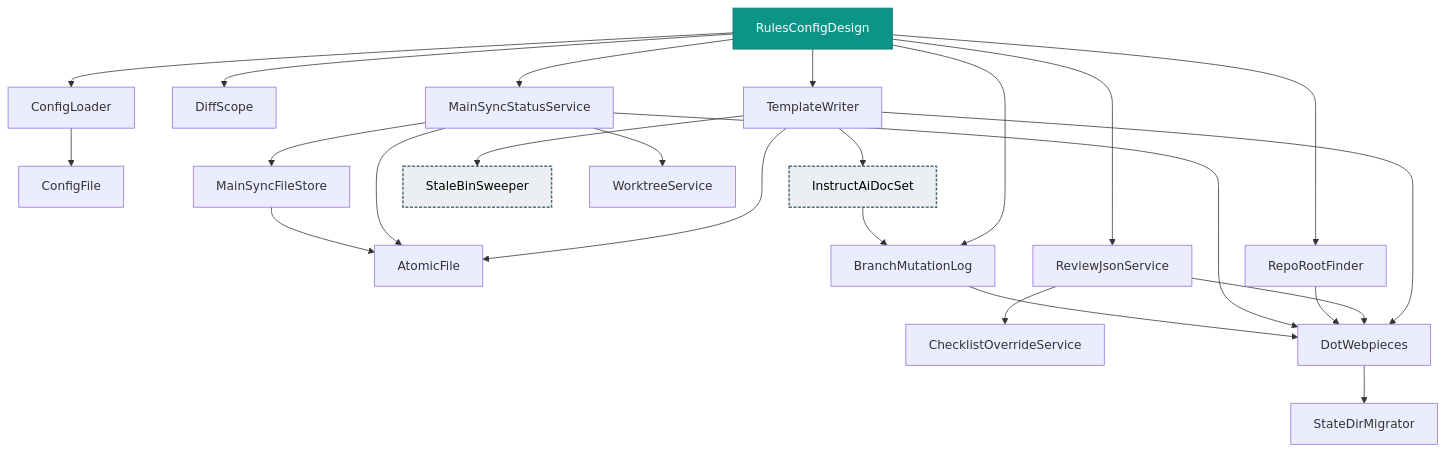
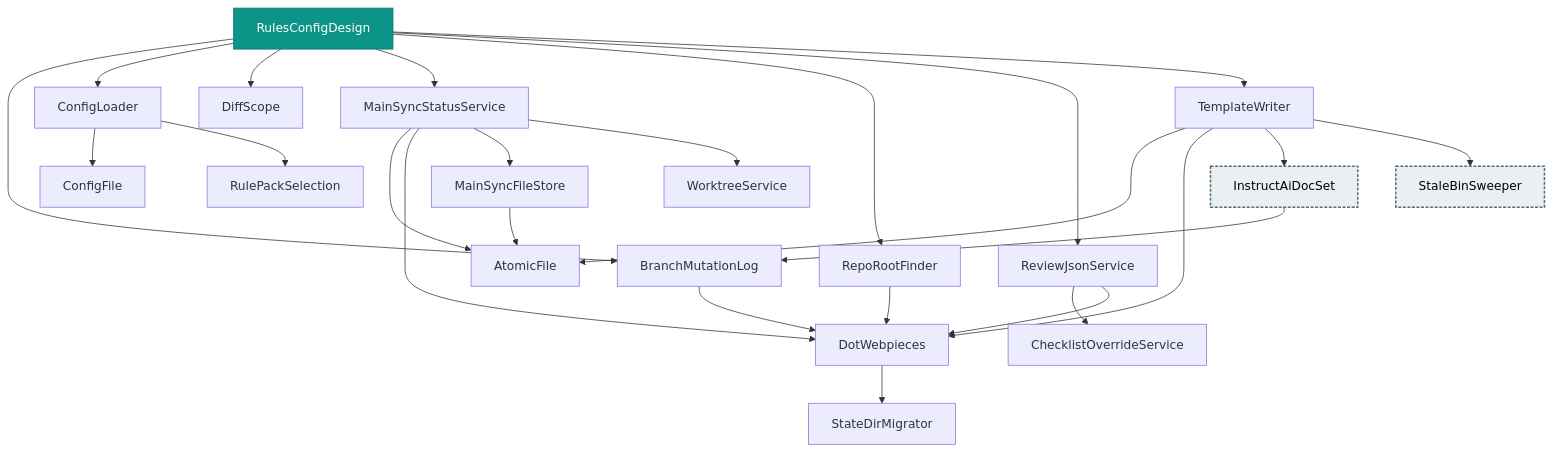
The diagram in packages/tooling/rules-config/design.md (deanhiller/webpieces-ts), drawn with Mermaid before and after one commit. The commit also changed 243 other files, not shown here.

First line of the commit message:
Move rule schemas and configuration metadata to owning packs (#1094)

````diff
--- a/packages/tooling/rules-config/design.md
+++ b/packages/tooling/rules-config/design.md
@@ -13,50 +13,52 @@
 ```mermaid
 graph TD
     AtomicFile["AtomicFile"]
     BranchMutationLog["BranchMutationLog"]
     ChecklistOverrideService["ChecklistOverrideService"]
     ConfigFile["ConfigFile"]
     ConfigLoader["ConfigLoader"]
     DiffScope["DiffScope"]
     DotWebpieces["DotWebpieces"]
     InstructAiDocSet["InstructAiDocSet"]:::many
     MainSyncFileStore["MainSyncFileStore"]
     MainSyncStatusService["MainSyncStatusService"]
     RepoRootFinder["RepoRootFinder"]
     ReviewJsonService["ReviewJsonService"]
+    RulePackSelection["RulePackSelection"]
     RulesConfigDesign["RulesConfigDesign"]:::apiImpl
     StaleBinSweeper["StaleBinSweeper"]:::many
     StateDirMigrator["StateDirMigrator"]
     TemplateWriter["TemplateWriter"]
     WorktreeService["WorktreeService"]
     BranchMutationLog --> DotWebpieces
     ConfigLoader --> ConfigFile
+    ConfigLoader --> RulePackSelection
     DotWebpieces --> StateDirMigrator
     InstructAiDocSet --> BranchMutationLog
     MainSyncFileStore --> AtomicFile
     MainSyncStatusService --> AtomicFile
     MainSyncStatusService --> DotWebpieces
     MainSyncStatusService --> MainSyncFileStore
     MainSyncStatusService --> WorktreeService
     RepoRootFinder --> DotWebpieces
     ReviewJsonService --> ChecklistOverrideService
     ReviewJsonService --> DotWebpieces
     RulesConfigDesign --> BranchMutationLog
     RulesConfigDesign --> ConfigLoader
     RulesConfigDesign --> DiffScope
     RulesConfigDesign --> MainSyncStatusService
     RulesConfigDesign --> RepoRootFinder
     RulesConfigDesign --> ReviewJsonService
     RulesConfigDesign --> TemplateWriter
     TemplateWriter --> AtomicFile
     TemplateWriter --> DotWebpieces
     TemplateWriter --> InstructAiDocSet
     TemplateWriter --> StaleBinSweeper
     classDef controller fill:#1f6feb,color:#ffffff,stroke:#0d419d
     classDef apiImpl fill:#0d9488,color:#ffffff,stroke:#0f766e
     classDef component fill:#2da44e,color:#ffffff,stroke:#1a7f37
     classDef unresolved fill:#f0ad4e,color:#000000,stroke:#b8860b,stroke-dasharray: 5 5
     classDef external fill:#b39ddb,color:#000000,stroke:#5e35b1,stroke-width:3px
     classDef api fill:#4fc3f7,color:#000000,stroke:#0277bd,stroke-width:3px
     classDef many fill:#eceff1,color:#000000,stroke:#546e7a,stroke-width:2px,stroke-dasharray: 4 2
 ```
````
